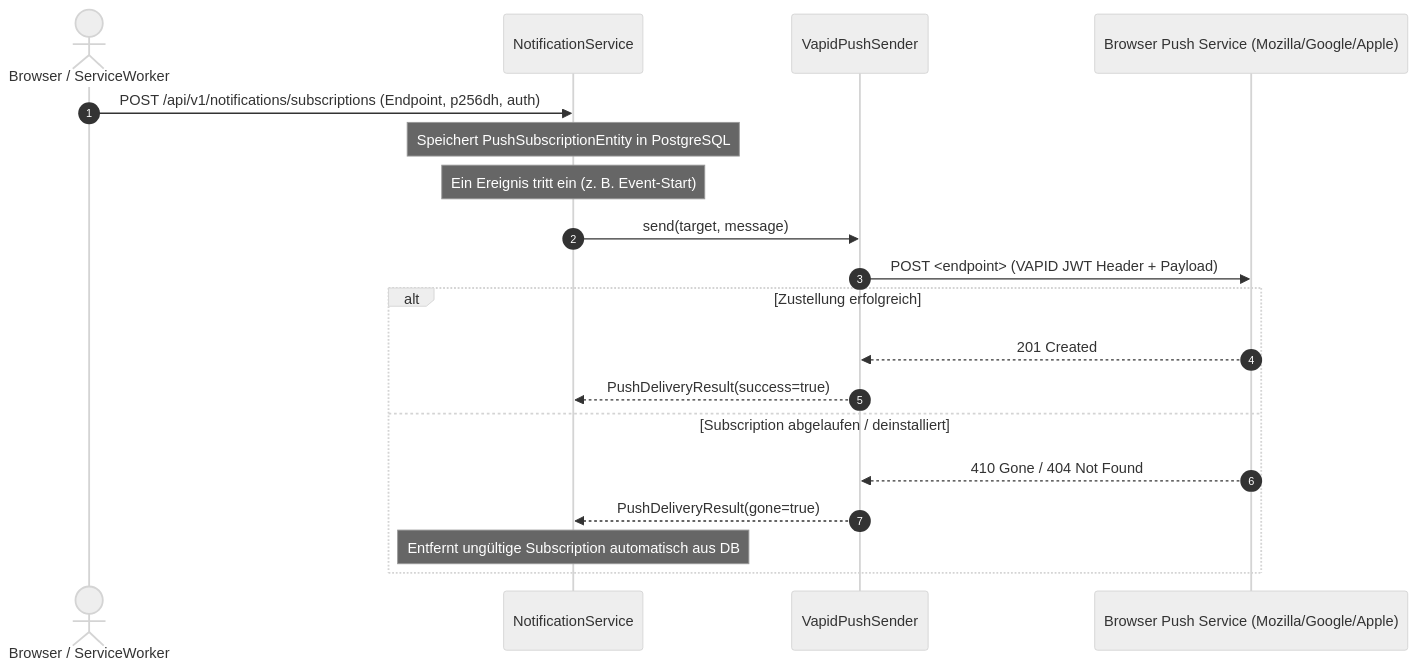
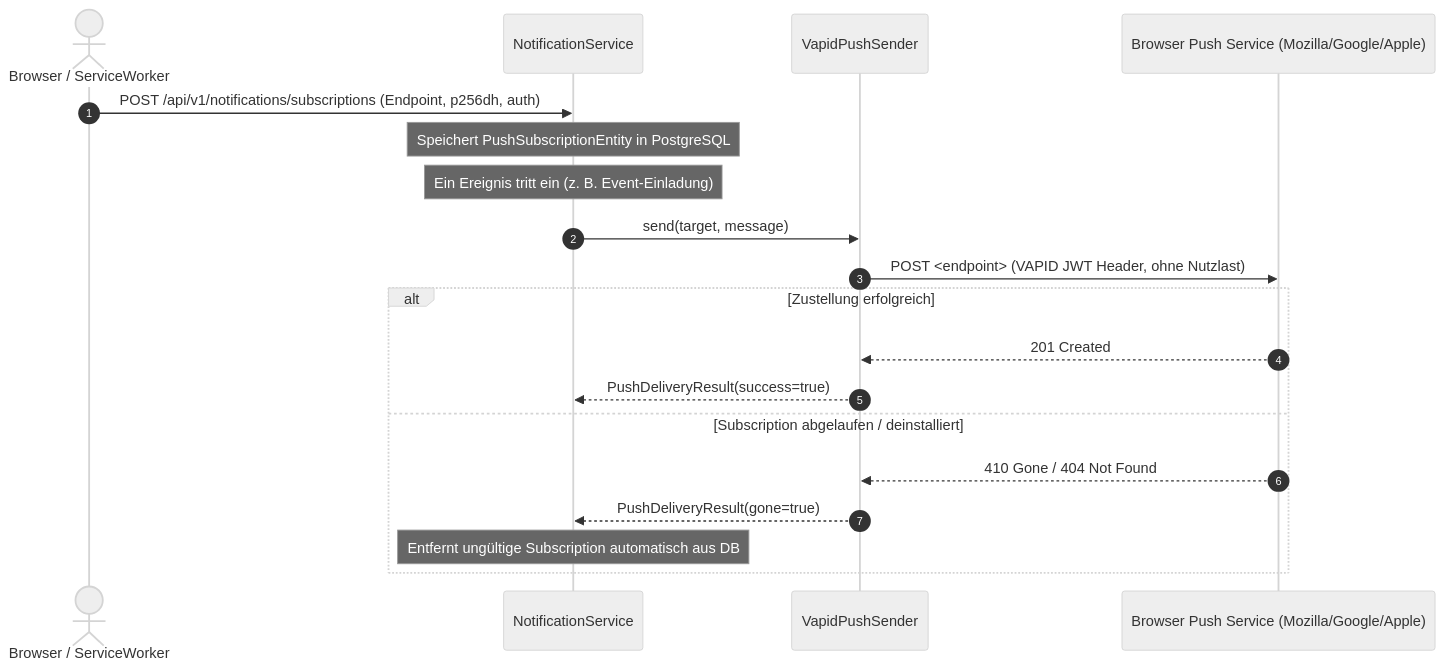
The second of 2 diagrams in docs/baseservice/06-integrations.md (damaurer/vereint), drawn with Mermaid (neutral theme) before and after one commit. The commit also changed other lines of this file and 90 other files, not shown here.

````diff
--- a/docs/baseservice/06-integrations.md
+++ b/docs/baseservice/06-integrations.md
@@ -60,22 +60,22 @@
 ```mermaid
 sequenceDiagram
   autonumber
   actor User as Browser / ServiceWorker
   participant Base as NotificationService
   participant Push as VapidPushSender
   participant Gateway as Browser Push Service (Mozilla/Google/Apple)
 
   User->>Base: POST /api/v1/notifications/subscriptions (Endpoint, p256dh, auth)
   Note over Base: Speichert PushSubscriptionEntity in PostgreSQL
-  Note over Base: Ein Ereignis tritt ein (z. B. Event-Start)
+  Note over Base: Ein Ereignis tritt ein (z. B. Event-Einladung)
   Base->>Push: send(target, message)
-  Push->>Gateway: POST <endpoint> (VAPID JWT Header + Payload)
+  Push->>Gateway: POST <endpoint> (VAPID JWT Header, ohne Nutzlast)
   alt Zustellung erfolgreich
     Gateway-->>Push: 201 Created
     Push-->>Base: PushDeliveryResult(success=true)
   else Subscription abgelaufen / deinstalliert
     Gateway-->>Push: 410 Gone / 404 Not Found
     Push-->>Base: PushDeliveryResult(gone=true)
     Note over Base: Entfernt ungültige Subscription automatisch aus DB
   end
 ```
````
